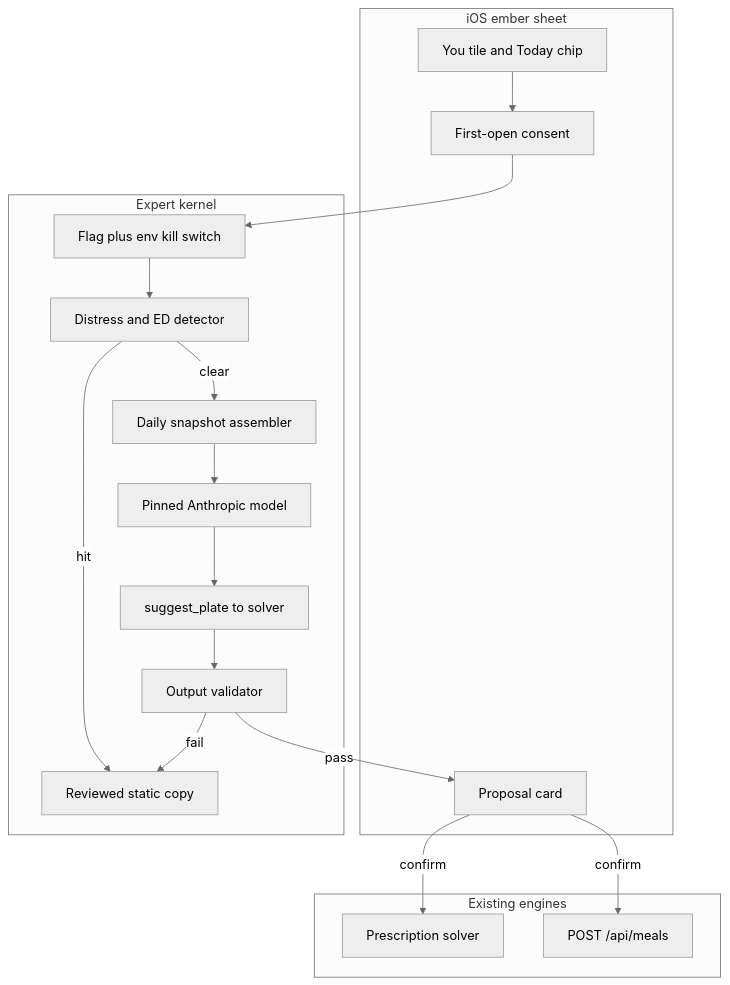
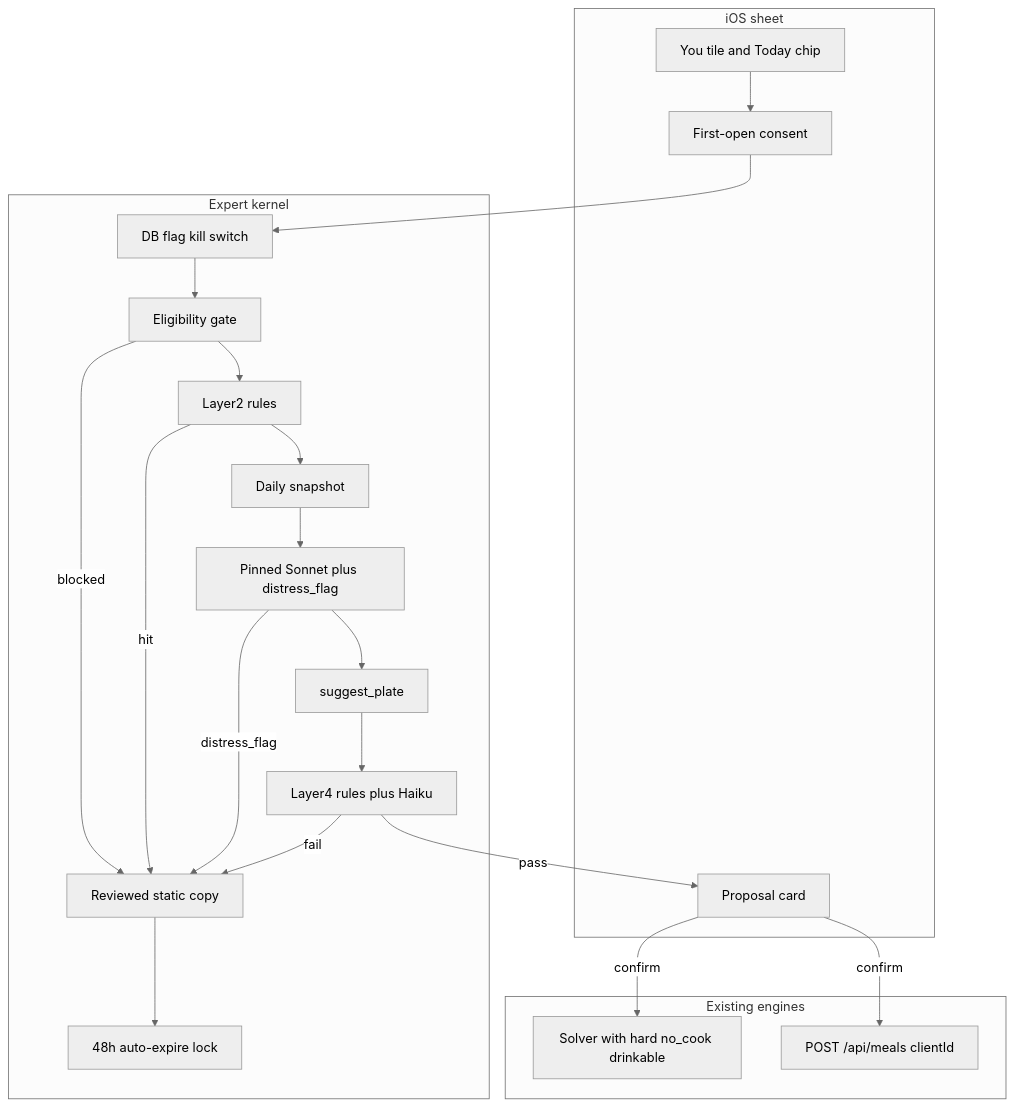
Before and after one commit to michaelhalperin/setPoint: the diagram in .cursor/plans/specialist_ai_coaches_be230199.plan.md, drawn with Mermaid (neutral theme). The commit also changed other lines of this file and 34 other files, not shown here.

````diff
--- a/.cursor/plans/specialist_ai_coaches_be230199.plan.md
+++ b/.cursor/plans/specialist_ai_coaches_be230199.plan.md
@@ -31,29 +38,34 @@
 ```mermaid
 flowchart TB
-  subgraph client [iOS ember sheet]
+  subgraph client [iOS sheet]
     UI[You tile and Today chip]
     Consent[First-open consent]
     Card[Proposal card]
   end
   subgraph kernel [Expert kernel]
-    Flag[Flag plus env kill switch]
-    Distress[Distress and ED detector]
-    Context[Daily snapshot assembler]
-    Model[Pinned Anthropic model]
-    Tools[suggest_plate to solver]
-    Validator[Output validator]
+    Flag[DB flag kill switch]
+    Eligible[Eligibility gate]
+    Rules[Layer2 rules]
+    Context[Daily snapshot]
+    Model[Pinned Sonnet plus distress_flag]
+    Tools[suggest_plate]
+    Haiku[Layer4 rules plus Haiku]
     Static[Reviewed static copy]
+    Lock[48h auto-expire lock]
   end
   subgraph engines [Existing engines]
-    Solver[Prescription solver]
-    Meals[POST /api/meals]
+    Solver[Solver with hard no_cook drinkable]
+    Meals["POST /api/meals clientId"]
   end
-  UI --> Consent --> Flag
-  Flag --> Distress
-  Distress -->|hit| Static
-  Distress -->|clear| Context --> Model --> Tools --> Validator
-  Validator -->|fail| Static
-  Validator -->|pass| Card
+  UI --> Consent --> Flag --> Eligible
+  Eligible -->|blocked| Static
+  Eligible --> Rules
+  Rules -->|hit| Static
+  Rules --> Context --> Model --> Tools --> Haiku
+  Model -->|distress_flag| Static
+  Haiku -->|fail| Static
+  Haiku -->|pass| Card
   Card -->|confirm| Solver
   Card -->|confirm| Meals
+  Static --> Lock
 ```
````
